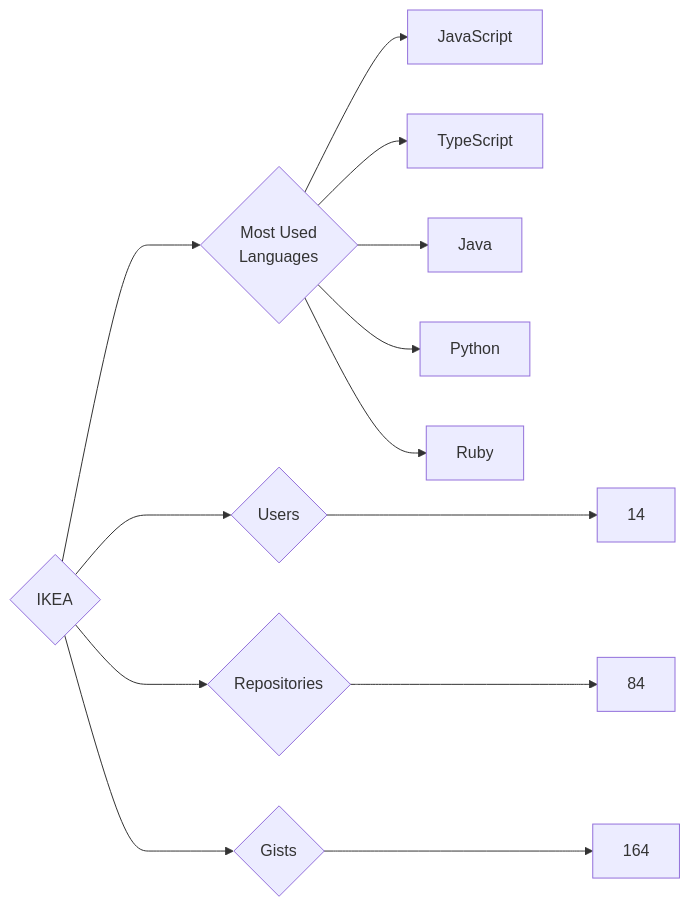
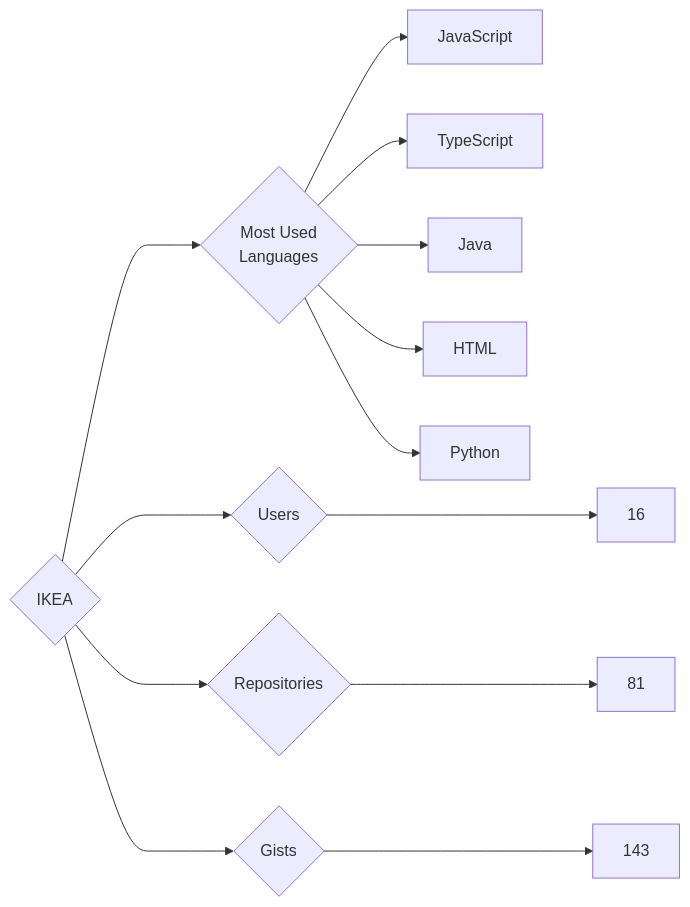
The diagram in targets/IKEA/README.md (trickest/insiders), drawn with Mermaid before and after one commit. The commit also changed 912 other files, not shown here.

````diff
--- a/targets/IKEA/README.md
+++ b/targets/IKEA/README.md
@@ -3,13 +3,13 @@
 ```mermaid
 graph LR
 COMPANY_NAME{IKEA}
-COMPANY_NAME ---> U{Users} ---> UN[14]
-COMPANY_NAME ---> R{Repositories} ---> RN[84]
-COMPANY_NAME ---> G{Gists} ---> GN[164]
+COMPANY_NAME ---> U{Users} ---> UN[16]
+COMPANY_NAME ---> R{Repositories} ---> RN[81]
+COMPANY_NAME ---> G{Gists} ---> GN[143]
 COMPANY_NAME ---> ML{Most Used<br>Languages}
 ML --> JavaScript[JavaScript]
 ML --> TypeScript[TypeScript]
 ML --> Java[Java]
+ML --> HTML[HTML]
 ML --> Python[Python]
-ML --> Ruby[Ruby]
 ```
````
